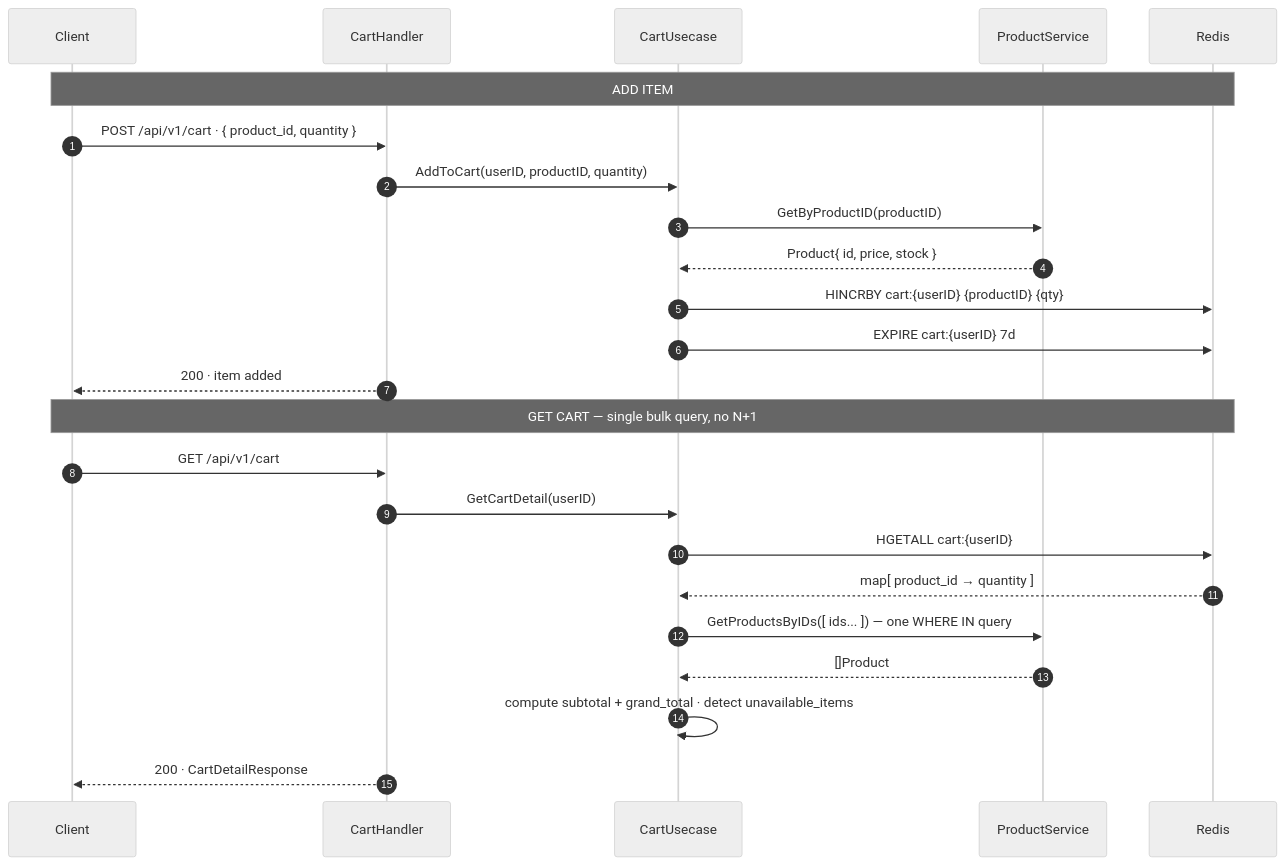
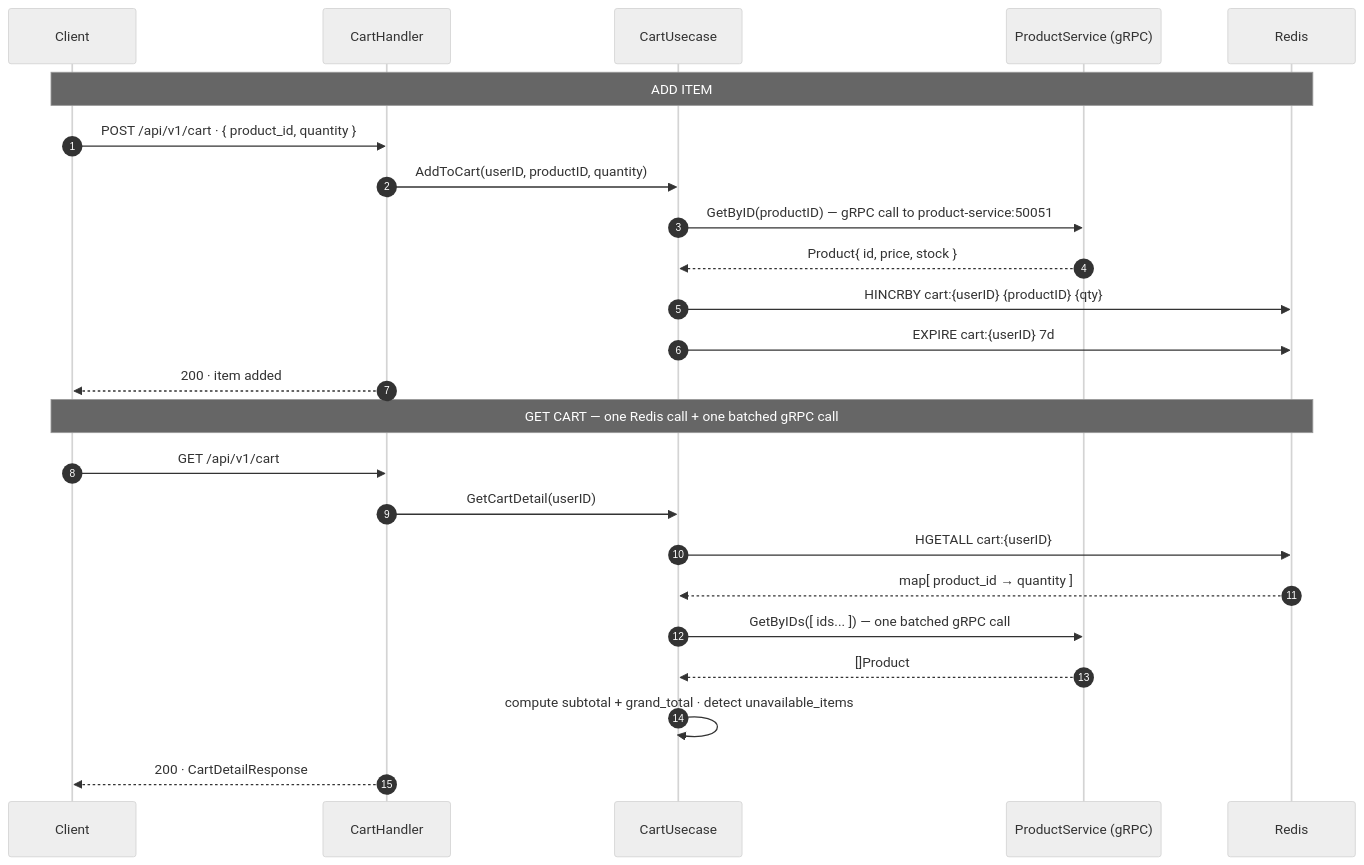
The second of 5 diagrams in README.md (Mpayy/e-commerce), drawn with Mermaid (neutral theme) before and after one commit. The commit also changed other lines of this file, not shown here.

````diff
--- a/README.md
+++ b/README.md
@@ -169,28 +194,28 @@
 ```mermaid
 sequenceDiagram
     autonumber
     participant C as Client
     participant H as CartHandler
     participant U as CartUsecase
-    participant PS as ProductService
+    participant PS as ProductService (gRPC)
     participant R as Redis
 
     Note over C,R: ADD ITEM
     C->>H: POST /api/v1/cart · { product_id, quantity }
     H->>U: AddToCart(userID, productID, quantity)
-    U->>PS: GetByProductID(productID)
+    U->>PS: GetByID(productID) — gRPC call to product-service:50051
     PS-->>U: Product{ id, price, stock }
     U->>R: HINCRBY cart:{userID} {productID} {qty}
     U->>R: EXPIRE cart:{userID} 7d
     H-->>C: 200 · item added
 
-    Note over C,R: GET CART — single bulk query, no N+1
+    Note over C,R: GET CART — one Redis call + one batched gRPC call
     C->>H: GET /api/v1/cart
     H->>U: GetCartDetail(userID)
     U->>R: HGETALL cart:{userID}
     R-->>U: map[ product_id → quantity ]
-    U->>PS: GetProductsByIDs([ ids... ]) — one WHERE IN query
+    U->>PS: GetByIDs([ ids... ]) — one batched gRPC call
     PS-->>U: []Product
     U->>U: compute subtotal + grand_total · detect unavailable_items
     H-->>C: 200 · CartDetailResponse
 ```
````
